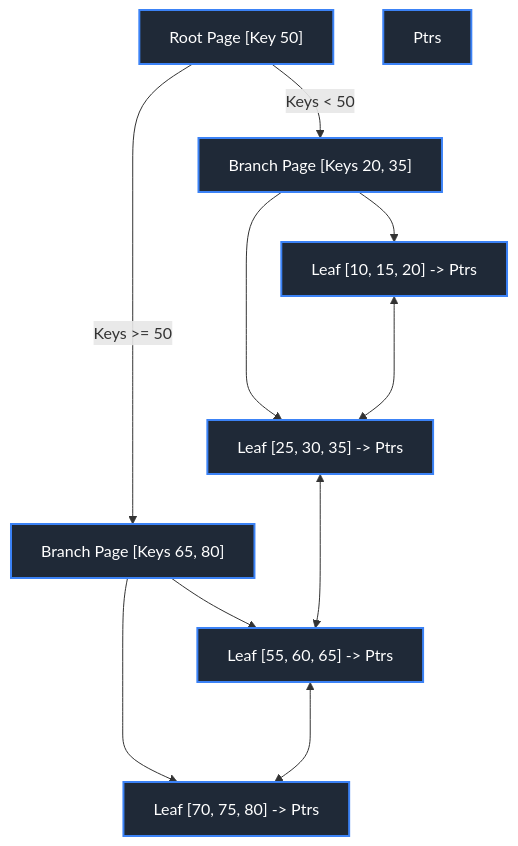
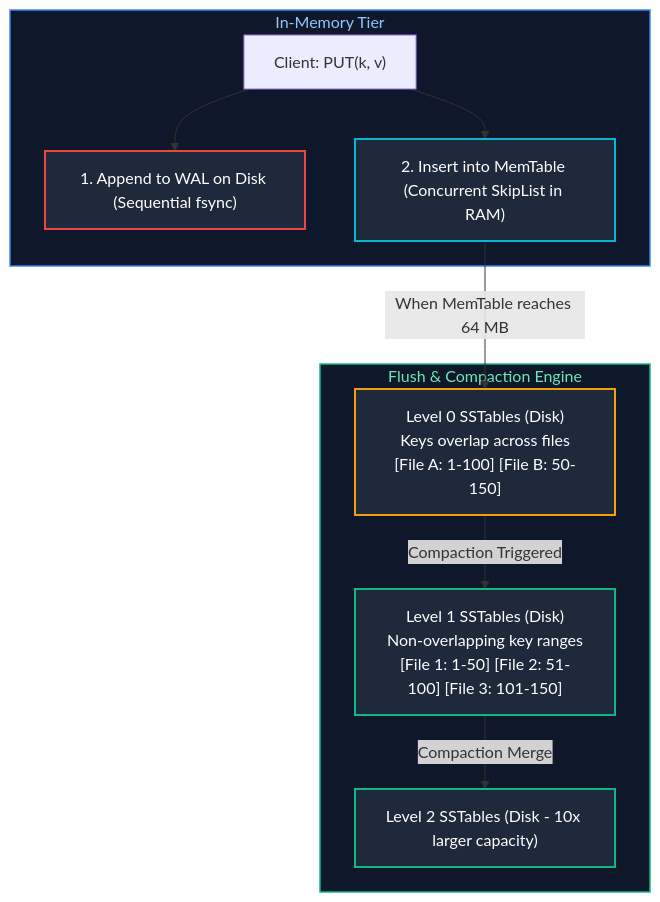
One commit to joydeep-biswas/Interview-Preparation changed the seventh of 23 diagrams in Data Engineering/04_database_internals_and_performance.md. Above: the diagram before and after it, drawn with Mermaid. The commit also changed other lines of this file and 143 other files, not shown here.

````diff
--- a/Data Engineering/04_database_internals_and_performance.md
+++ b/Data Engineering/04_database_internals_and_performance.md
@@ -637,31 +429,21 @@
 ```mermaid
 flowchart TD
-    Root["Root Page [Key 50]"]
-    
-    BranchLeft["Branch Page [Keys 20, 35]"]
-    BranchRight["Branch Page [Keys 65, 80]"]
-    
-    Leaf1["Leaf [10, 15, 20] -> Ptrs"]
-    Leaf2["Leaf [25, 30, 35] -> Ptrs"]
-    Leaf3["Leaf [55, 60, 65] -> Ptrs"]
-    Leaf4["Leaf [70, 75, 80] -> Ptrs"]
+    subgraph MemoryTier ["In-Memory Tier"]
+        ClientPut["Client: PUT(k, v)"] --> WAL["1. Append to WAL on Disk (Sequential fsync)"]
+        ClientPut --> MemTable["2. Insert into MemTable (Concurrent SkipList in RAM)"]
+    end
 
-    Root -->|Keys < 50| BranchLeft
-    Root -->|Keys >= 50| BranchRight
-    
-    BranchLeft --> Leaf1
-    BranchLeft --> Leaf2
-    BranchRight --> Leaf3
-    BranchRight --> Leaf4
+    subgraph FlushCompaction ["Flush & Compaction Engine"]
+        MemTable -->|"When MemTable reaches 64 MB"| L0["Level 0 SSTables (Disk)<br/>Keys overlap across files<br/>[File A: 1-100] [File B: 50-150]"]
+        L0 -->|"Compaction Triggered"| L1["Level 1 SSTables (Disk)<br/>Non-overlapping key ranges<br/>[File 1: 1-50] [File 2: 51-100] [File 3: 101-150]"]
+        L1 -->|"Compaction Merge"| L2["Level 2 SSTables (Disk - 10x larger capacity)"]
+    end
 
-    Leaf1 <---> Leaf2 <---> Leaf3 <---> Leaf4
-
-    style Root fill:#1f2937,stroke:#3b82f6,stroke-width:2px,color:#fff
-    style BranchLeft fill:#1f2937,stroke:#3b82f6,stroke-width:2px,color:#fff
-    style BranchRight fill:#1f2937,stroke:#3b82f6,stroke-width:2px,color:#fff
-    style Leaf1 fill:#1f2937,stroke:#3b82f6,stroke-width:2px,color:#fff
-    style Ptrs fill:#1f2937,stroke:#3b82f6,stroke-width:2px,color:#fff
-    style Leaf2 fill:#1f2937,stroke:#3b82f6,stroke-width:2px,color:#fff
-    style Leaf3 fill:#1f2937,stroke:#3b82f6,stroke-width:2px,color:#fff
-    style Leaf4 fill:#1f2937,stroke:#3b82f6,stroke-width:2px,color:#fff
+    style MemoryTier fill:#0f172a,stroke:#3b82f6,stroke-width:1.5px,color:#93c5fd
+    style FlushCompaction fill:#0f172a,stroke:#10b981,stroke-width:1.5px,color:#6ee7b7
+    style MemTable fill:#1e293b,stroke:#06b6d4,stroke-width:2px,color:#fff
+    style WAL fill:#1e293b,stroke:#ef4444,stroke-width:2px,color:#fff
+    style L0 fill:#1e293b,stroke:#f59e0b,stroke-width:2px,color:#fff
+    style L1 fill:#1e293b,stroke:#10b981,stroke-width:2px,color:#fff
+    style L2 fill:#1e293b,stroke:#10b981,stroke-width:2px,color:#fff
 ```
````
